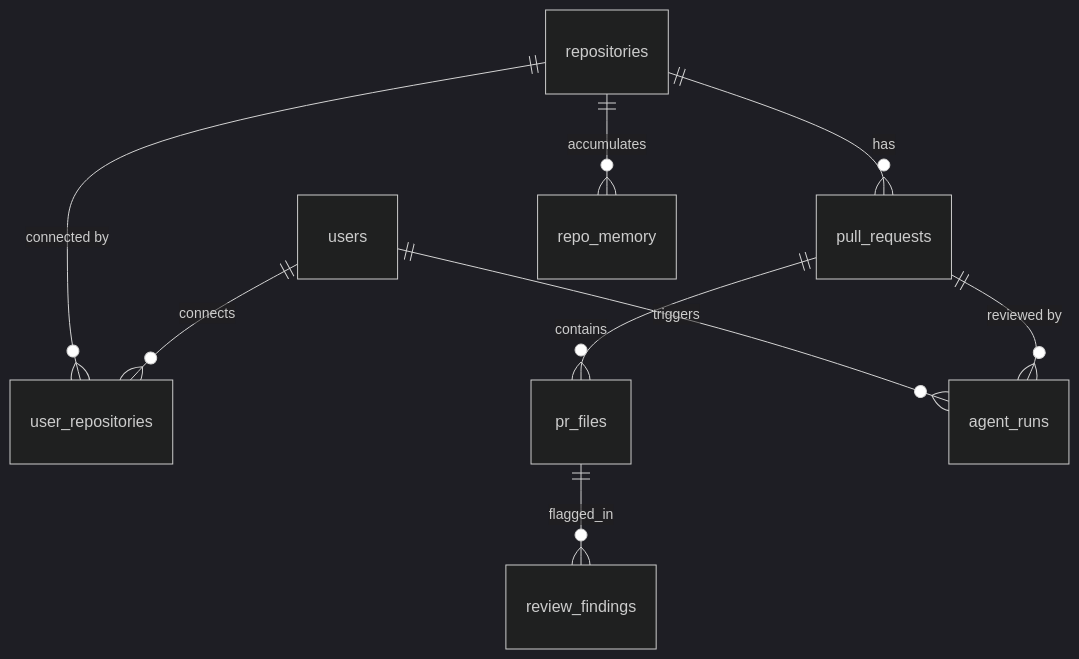
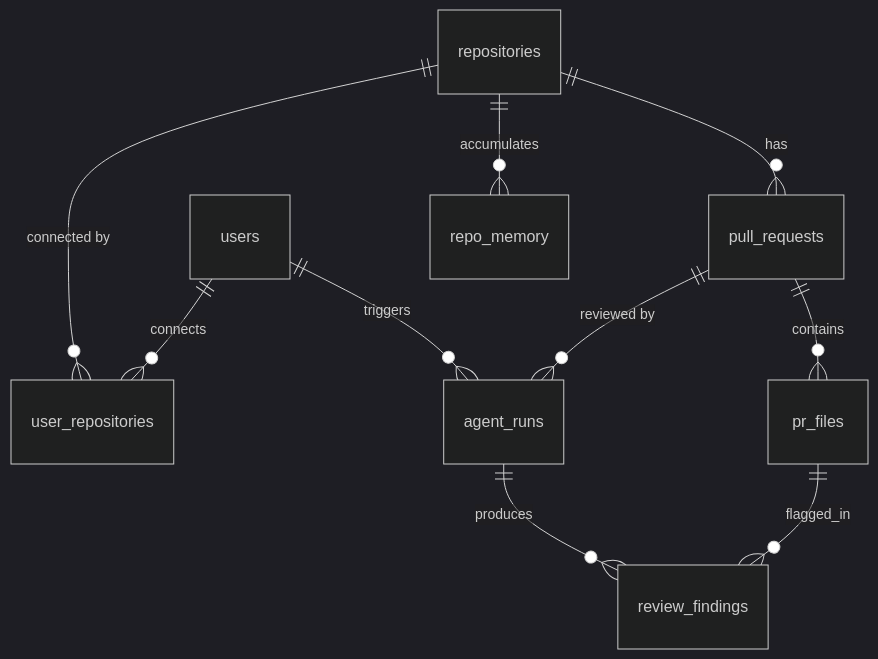
One commit to nairadi0/Revue changed the third of 3 diagrams in README.md. Above: the diagram before and after it, drawn with Mermaid (dark theme). The commit also changed other lines of this file and 16 other files, not shown here.

Commit message:
Post agent findings to GitHub as review comments

````diff
--- a/README.md
+++ b/README.md
@@ -166,11 +188,12 @@
 ```mermaid
 erDiagram
     users ||--o{ user_repositories : connects
     repositories ||--o{ user_repositories : "connected by"
     repositories ||--o{ pull_requests : has
     repositories ||--o{ repo_memory : accumulates
     pull_requests ||--o{ pr_files : contains
     pull_requests ||--o{ agent_runs : "reviewed by"
     pr_files ||--o{ review_findings : flagged_in
+    agent_runs ||--o{ review_findings : produces
     users ||--o{ agent_runs : triggers
 ```
````
